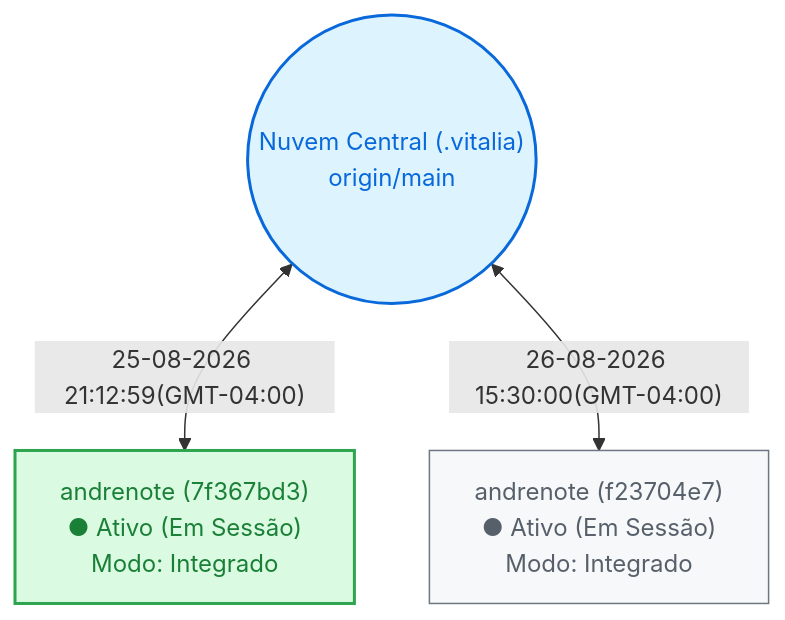
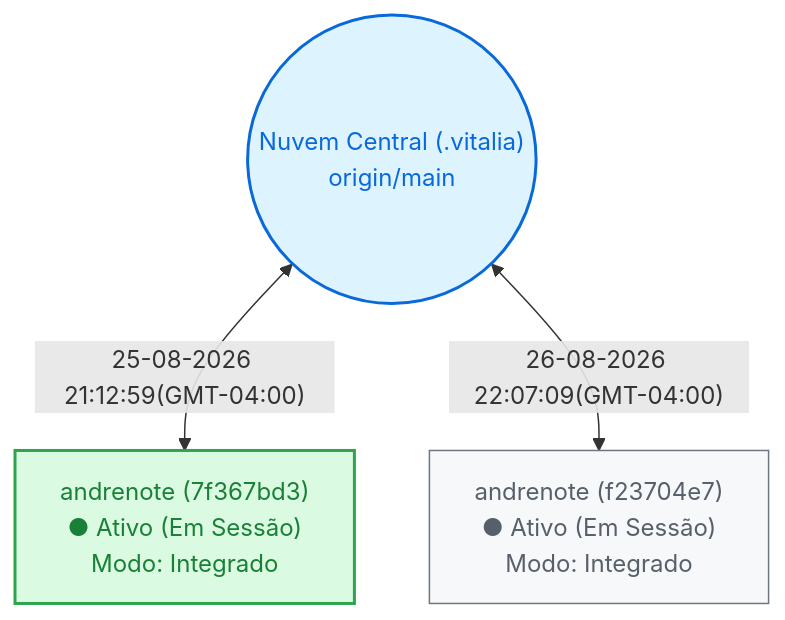
Before and after one commit to vitalia-platform/agente-local-context: the diagram in README.md, drawn with Mermaid. The commit also changed other lines of this file and 10 other files, not shown here.

````diff
--- a/README.md
+++ b/README.md
@@ -20,14 +20,14 @@
 ```mermaid
 flowchart TD
   Cloud(("Nuvem Central (.vitalia)<br/>origin/main"))
   M_7f367bd3["andrenote (7f367bd3)<br/>● Ativo (Em Sessão)<br/>Modo: Integrado"]
   M_f23704e7["andrenote (f23704e7)<br/>● Ativo (Em Sessão)<br/>Modo: Integrado"]
 
   Cloud <-->|"25-08-2026 21:12:59(GMT-04:00)"| M_7f367bd3
-  Cloud <-->|"26-08-2026 15:30:00(GMT-04:00)"| M_f23704e7
+  Cloud <-->|"26-08-2026 22:07:09(GMT-04:00)"| M_f23704e7
 
   style Cloud stroke:#0969da,stroke-width:2px,fill:#ddf4ff,color:#0969da
   style M_7f367bd3 stroke:#2ea44f,stroke-width:2px,fill:#dafbe1,color:#1a7f37
   style M_f23704e7 stroke:#6e7781,stroke-width:1px,fill:#f6f8fa,color:#57606a
 
 ```
````
